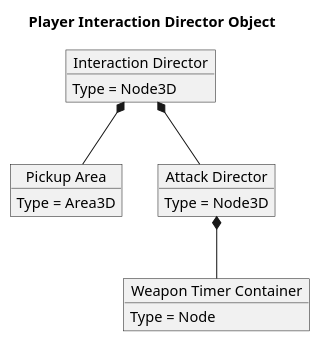
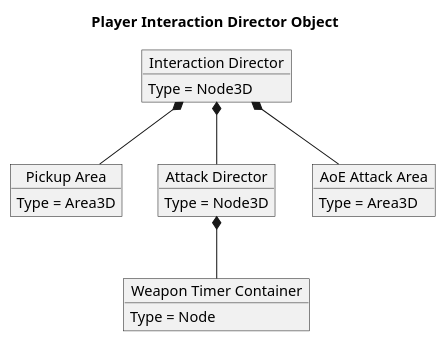
The diagram in UML-Diagrams/src/Player-Interaction-Director-Object.puml (kjtkanaly/Roguelike-Shoot-Em-Up), drawn with PlantUML before and after one commit. The commit also changed 2 other files, not shown here.

```diff
--- a/UML-Diagrams/src/Player-Interaction-Director-Object.puml
+++ b/UML-Diagrams/src/Player-Interaction-Director-Object.puml
@@ -1,19 +1,22 @@
 @startuml Player-Interaction-Director-Object
 
 title Player Interaction Director Object
 
 object "Interaction Director" as InteractionDir
 object "Pickup Area" as PickupArea
 object "Attack Director" as AttackDir
 object "Weapon Timer Container" as WeaponTimerCont
+object "AoE Attack Area" as AoEArea
 
 InteractionDir : Type = Node3D
 PickupArea : Type = Area3D
 AttackDir : Type = Node3D
 WeaponTimerCont : Type = Node
+AoEArea : Type = Area3D
 
 InteractionDir *-- AttackDir
 InteractionDir *-- PickupArea
+InteractionDir *-- AoEArea
 AttackDir *-- WeaponTimerCont
 
 @enduml
```
